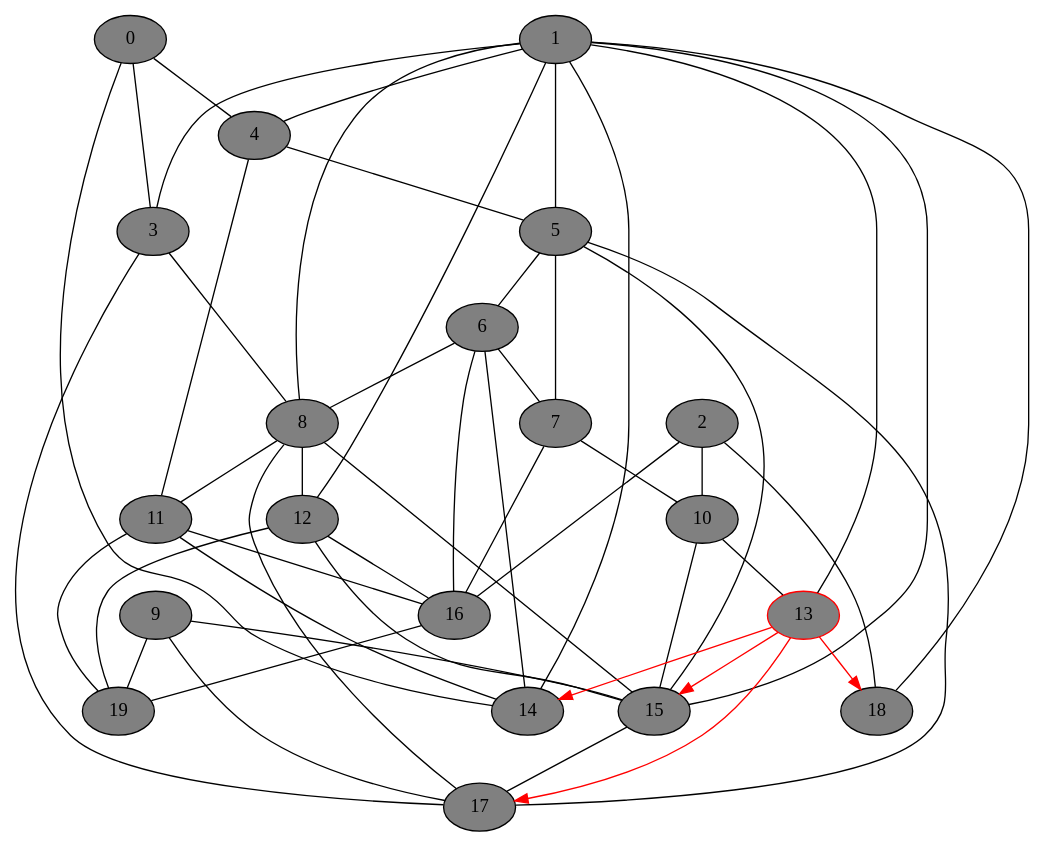
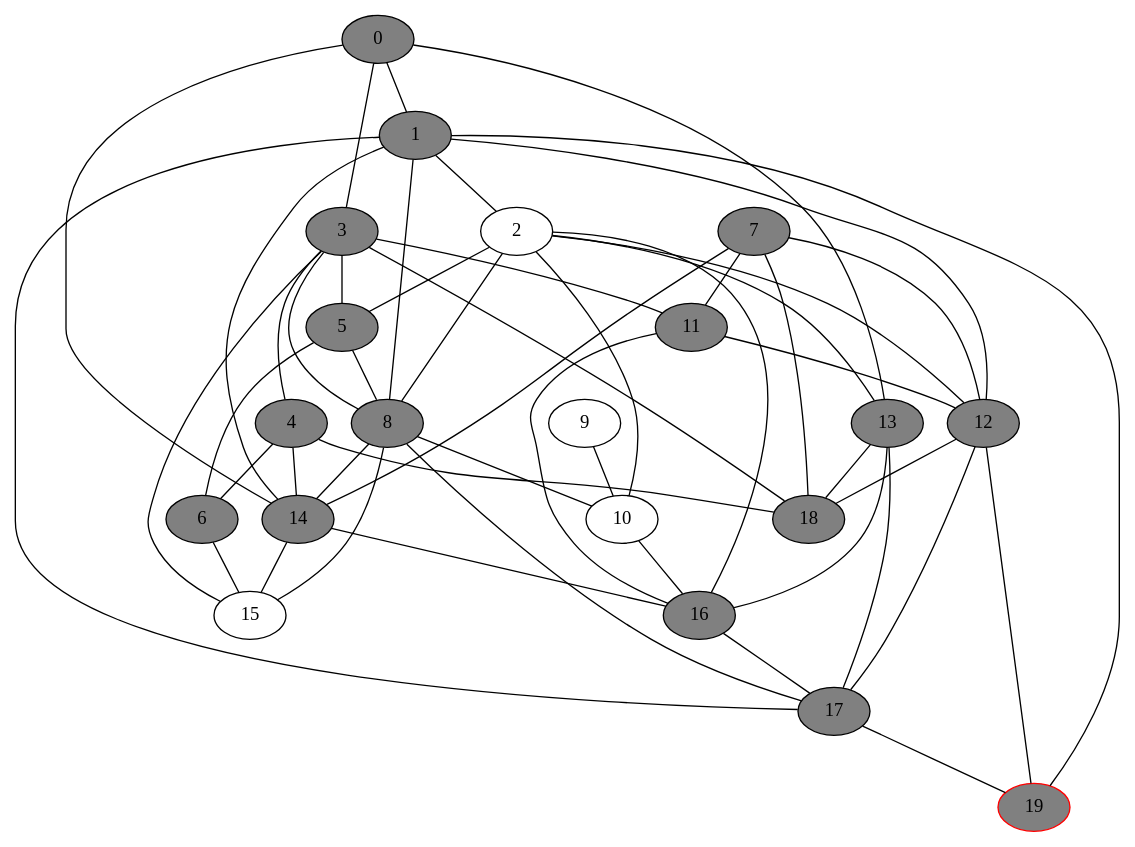
One commit to DSMishler/EBA_models changed the diagram in gv_graphs/nxt0022.dot. Above: the diagram before and after it, drawn with Graphviz. The commit also changed 387 other files, not shown here.

```diff
--- a/gv_graphs/nxt0022.dot
+++ b/gv_graphs/nxt0022.dot
@@ -1,74 +1,74 @@
 // network test graph
 digraph
 {
 	0 [fillcolor=gray,style=filled,]
 	1 [fillcolor=gray,style=filled,]
-	2 [fillcolor=gray,style=filled,]
+	2 []
 	3 [fillcolor=gray,style=filled,]
 	4 [fillcolor=gray,style=filled,]
 	5 [fillcolor=gray,style=filled,]
 	6 [fillcolor=gray,style=filled,]
 	7 [fillcolor=gray,style=filled,]
 	8 [fillcolor=gray,style=filled,]
-	9 [fillcolor=gray,style=filled,]
-	10 [fillcolor=gray,style=filled,]
+	9 []
+	10 []
 	11 [fillcolor=gray,style=filled,]
 	12 [fillcolor=gray,style=filled,]
-	13 [fillcolor=gray,style=filled,color=red,]
+	13 [fillcolor=gray,style=filled,]
 	14 [fillcolor=gray,style=filled,]
-	15 [fillcolor=gray,style=filled,]
+	15 []
 	16 [fillcolor=gray,style=filled,]
 	17 [fillcolor=gray,style=filled,]
 	18 [fillcolor=gray,style=filled,]
-	19 [fillcolor=gray,style=filled,]
+	19 [fillcolor=gray,style=filled,color=red,]
+	0 -> 1 [dir=none]
 	0 -> 3 [dir=none]
-	0 -> 4 [dir=none]
+	0 -> 13 [dir=none]
 	0 -> 14 [dir=none]
-	1 -> 3 [dir=none]
-	1 -> 4 [dir=none]
-	1 -> 5 [dir=none]
+	1 -> 2 [dir=none]
 	1 -> 8 [dir=none]
 	1 -> 12 [dir=none]
-	1 -> 13 [dir=none]
 	1 -> 14 [dir=none]
-	1 -> 15 [dir=none]
-	1 -> 18 [dir=none]
+	1 -> 17 [dir=none]
+	1 -> 19 [dir=none]
+	2 -> 5 [dir=none]
+	2 -> 8 [dir=none]
 	2 -> 10 [dir=none]
+	2 -> 12 [dir=none]
+	2 -> 13 [dir=none]
 	2 -> 16 [dir=none]
-	2 -> 18 [dir=none]
+	3 -> 4 [dir=none]
+	3 -> 5 [dir=none]
 	3 -> 8 [dir=none]
-	3 -> 17 [dir=none]
-	4 -> 5 [dir=none]
-	4 -> 11 [dir=none]
+	3 -> 11 [dir=none]
+	3 -> 15 [dir=none]
+	3 -> 18 [dir=none]
+	4 -> 6 [dir=none]
+	4 -> 14 [dir=none]
+	4 -> 18 [dir=none]
 	5 -> 6 [dir=none]
-	5 -> 7 [dir=none]
-	5 -> 15 [dir=none]
-	5 -> 17 [dir=none]
-	6 -> 7 [dir=none]
-	6 -> 8 [dir=none]
-	6 -> 14 [dir=none]
-	6 -> 16 [dir=none]
-	7 -> 10 [dir=none]
-	7 -> 16 [dir=none]
-	8 -> 11 [dir=none]
-	8 -> 12 [dir=none]
+	5 -> 8 [dir=none]
+	6 -> 15 [dir=none]
+	7 -> 11 [dir=none]
+	7 -> 12 [dir=none]
+	7 -> 14 [dir=none]
+	7 -> 18 [dir=none]
+	8 -> 10 [dir=none]
+	8 -> 14 [dir=none]
 	8 -> 15 [dir=none]
 	8 -> 17 [dir=none]
-	9 -> 15 [dir=none]
-	9 -> 17 [dir=none]
-	9 -> 19 [dir=none]
-	10 -> 13 [dir=none]
-	10 -> 15 [dir=none]
-	11 -> 14 [dir=none]
+	9 -> 10 [dir=none]
+	10 -> 16 [dir=none]
+	11 -> 12 [dir=none]
 	11 -> 16 [dir=none]
-	11 -> 19 [dir=none]
-	12 -> 15 [dir=none]
-	12 -> 16 [dir=none]
+	12 -> 17 [dir=none]
+	12 -> 18 [dir=none]
 	12 -> 19 [dir=none]
-	13 -> 14 [dir=forward,color=red,]
-	13 -> 15 [dir=forward,color=red,]
-	13 -> 17 [dir=forward,color=red,]
-	13 -> 18 [dir=forward,color=red,]
-	15 -> 17 [dir=none]
-	16 -> 19 [dir=none]
+	13 -> 16 [dir=none]
+	13 -> 17 [dir=none]
+	13 -> 18 [dir=none]
+	14 -> 15 [dir=none]
+	14 -> 16 [dir=none]
+	16 -> 17 [dir=none]
+	17 -> 19 [dir=none]
 }
```
